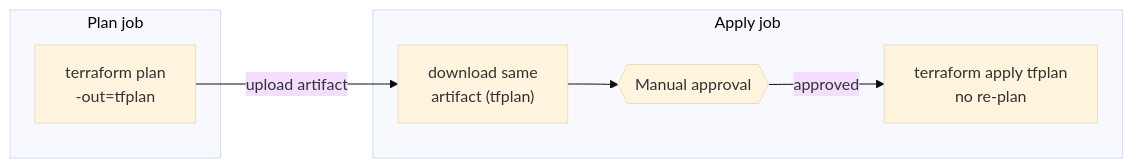
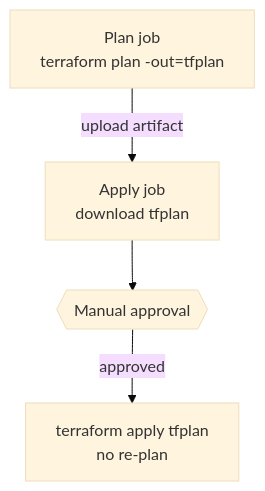
The second of 2 diagrams in src/posts/plan-binary-across-gate-four-environment-terraform-pipeline.md (brunodasilvalenga/brunodasilvalenga.com), drawn with Mermaid (base theme) before and after one commit. The commit also changed other lines of this file and 2 other files, not shown here.

Commit message:
Fix Mermaid diagrams sizing
The diagrams were rendering at natural viewBox size but mermaid's inline
max-width style was scaling the SVG down to fit the 624px prose column,
which crushed text to ~10px because the original viewBox was 948x94
(wide-and-short). On top of that, the inline width="100%" prevented the
SVGs from keeping their natural size when scrolling.

- Strip mermaid's inline style/width/height attributes and set width/height
  to the viewBox dimensions so each diagram renders at its natural size.
- Add overflow-x-auto on .mermaid-diagram so wider diagrams remain
  reachable on narrow screens.
- Redesign the Plan/Apply diagram to vertical (TD) so it fits the column
  width without scrolling. Pipeline diagram stays horizontal but with
  shorter node labels to minimize horizontal scroll.

````diff
--- a/src/posts/plan-binary-across-gate-four-environment-terraform-pipeline.md
+++ b/src/posts/plan-binary-across-gate-four-environment-terraform-pipeline.md
@@ -37,13 +37,6 @@
 ```mermaid
-flowchart LR
-    subgraph PlanJob["Plan job"]
-        P1["terraform plan<br/>-out=tfplan"]
-    end
-
-    subgraph ApplyJob["Apply job"]
-        A1["download same<br/>artifact (tfplan)"] --> A2{{"Manual approval"}}
-        A2 -->|approved| A3["terraform apply tfplan<br/>no re-plan"]
-    end
-
-    P1 -->|upload artifact| A1
+flowchart TD
+    P1["Plan job<br/>terraform plan -out=tfplan"] -->|upload artifact| A1["Apply job<br/>download tfplan"]
+    A1 --> A2{{"Manual approval"}}
+    A2 -->|approved| A3["terraform apply tfplan<br/>no re-plan"]
 ```
````
